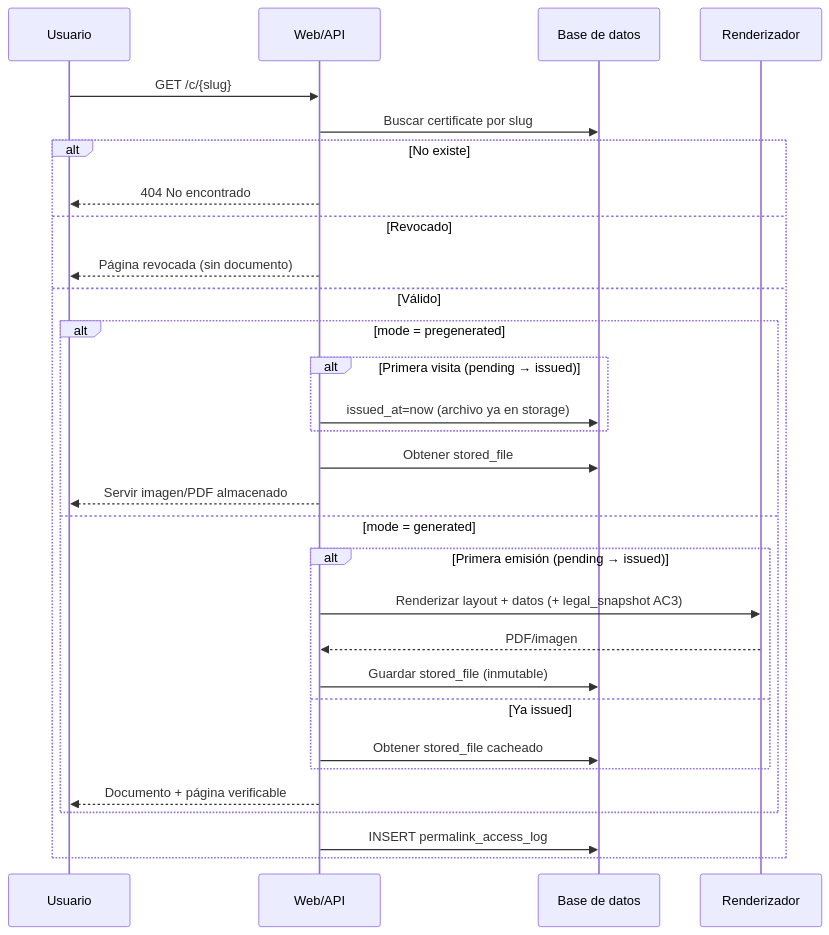
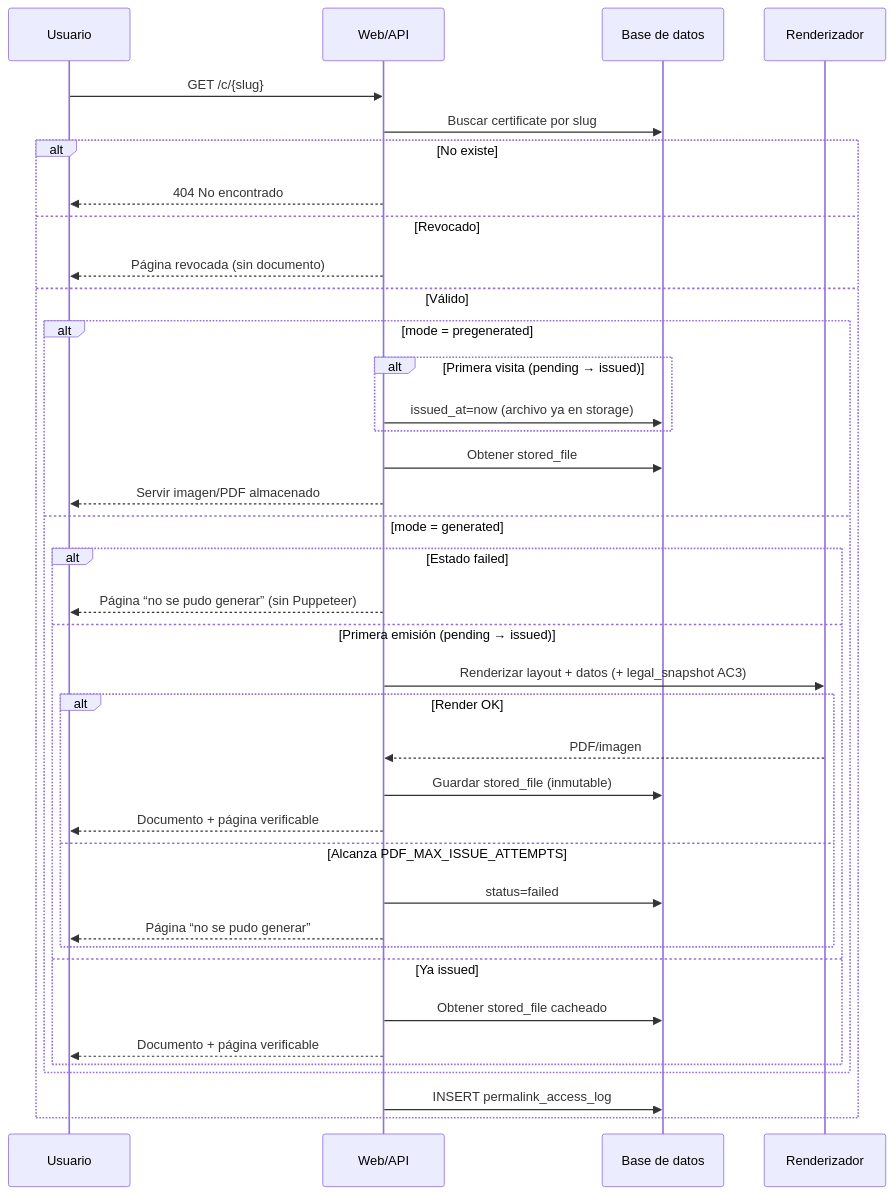
One commit to OSMLatam/certificados changed the second of 9 diagrams in docs/04-flujos-funcionales.md. Above: the diagram before and after it, drawn with Mermaid. The commit also changed other lines of this file and 8 other files, not shown here.

````diff
--- a/docs/04-flujos-funcionales.md
+++ b/docs/04-flujos-funcionales.md
@@ -56,33 +56,41 @@
 ```mermaid
 sequenceDiagram
     participant U as Usuario
     participant W as Web/API
     participant DB as Base de datos
     participant R as Renderizador
 
     U->>W: GET /c/{slug}
     W->>DB: Buscar certificate por slug
     alt No existe
         W-->>U: 404 No encontrado
     else Revocado
         W-->>U: Página revocada (sin documento)
     else Válido
         alt mode = pregenerated
             alt Primera visita (pending → issued)
                 W->>DB: issued_at=now (archivo ya en storage)
             end
             W->>DB: Obtener stored_file
             W-->>U: Servir imagen/PDF almacenado
         else mode = generated
-            alt Primera emisión (pending → issued)
+            alt Estado failed
+                W-->>U: Página “no se pudo generar” (sin Puppeteer)
+            else Primera emisión (pending → issued)
                 W->>R: Renderizar layout + datos (+ legal_snapshot AC3)
-                R-->>W: PDF/imagen
-                W->>DB: Guardar stored_file (inmutable)
+                alt Render OK
+                    R-->>W: PDF/imagen
+                    W->>DB: Guardar stored_file (inmutable)
+                    W-->>U: Documento + página verificable
+                else Alcanza PDF_MAX_ISSUE_ATTEMPTS
+                    W->>DB: status=failed
+                    W-->>U: Página “no se pudo generar”
+                end
             else Ya issued
                 W->>DB: Obtener stored_file cacheado
+                W-->>U: Documento + página verificable
             end
-            W-->>U: Documento + página verificable
         end
         W->>DB: INSERT permalink_access_log
     end
 ```
````
